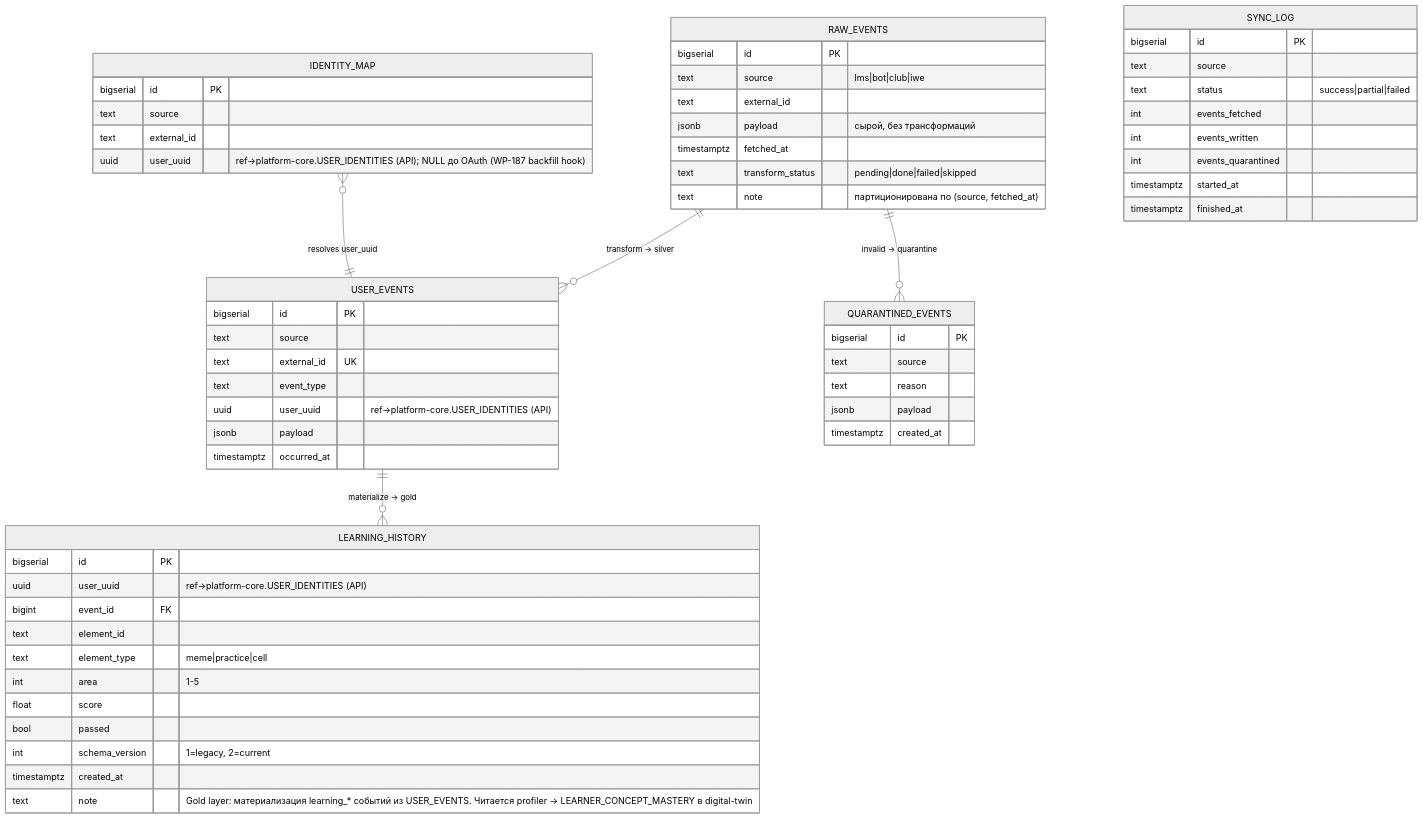
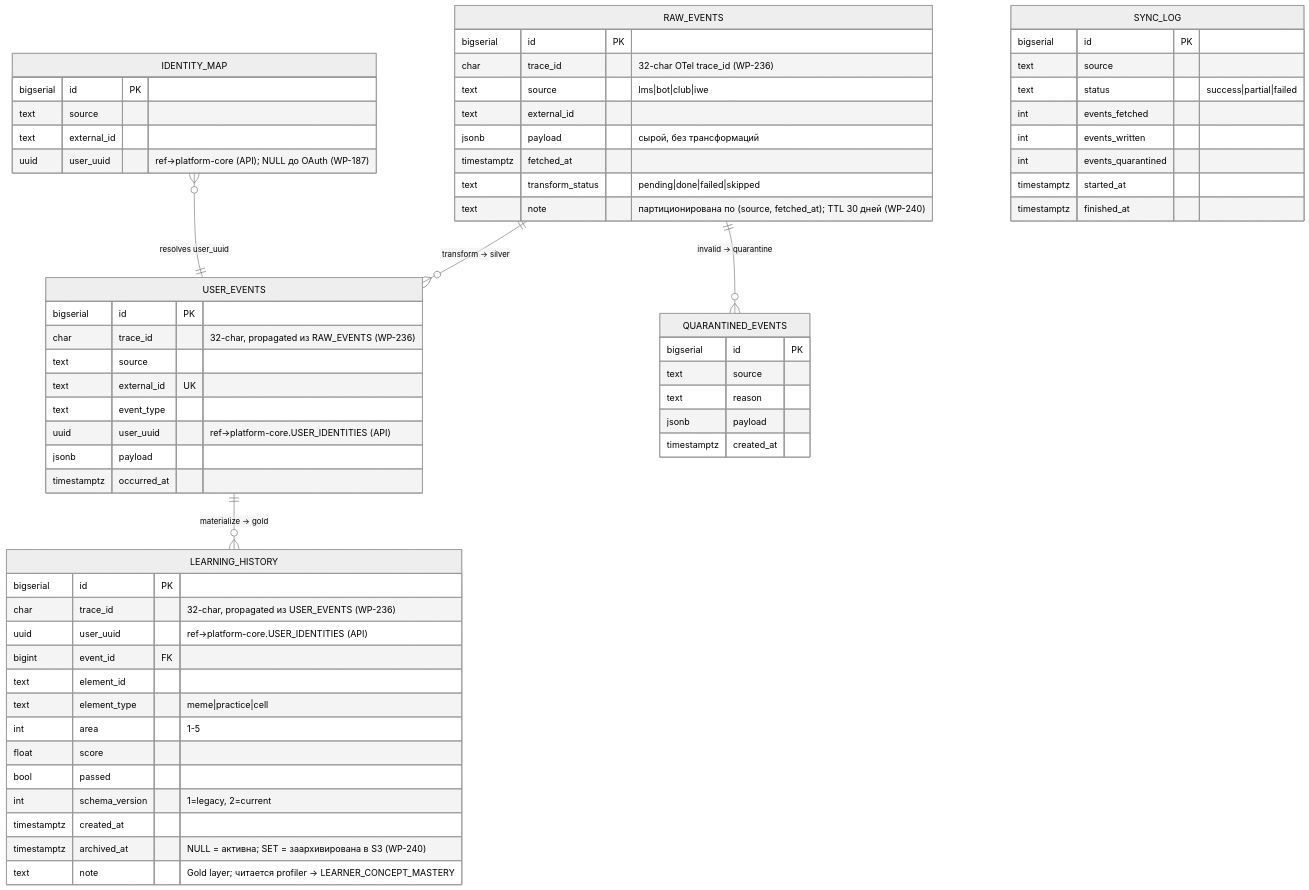
Before and after one commit to TserenTserenov/PACK-digital-platform: the fifth of 8 diagrams in pack/digital-platform/02-domain-entities/DP.ARCH.004-neon-data-architecture.md, drawn with Mermaid (neutral theme). The commit also changed other lines of this file and 2 other files, not shown here.

First line of the commit message:
refactor(dp.arch.004): full restructure with collapsible sections + solutions in ERD

````diff
--- a/pack/digital-platform/02-domain-entities/DP.ARCH.004-neon-data-architecture.md
+++ b/pack/digital-platform/02-domain-entities/DP.ARCH.004-neon-data-architecture.md
@@ -393,67 +381,71 @@
 ```mermaid
 erDiagram
     RAW_EVENTS {
         bigserial   id              PK
+        char        trace_id        "32-char OTel trace_id (WP-236)"
         text        source          "lms|bot|club|iwe"
         text        external_id
         jsonb       payload         "сырой, без трансформаций"
         timestamptz fetched_at
         text        transform_status "pending|done|failed|skipped"
-        text        note            "партиционирована по (source, fetched_at)"
+        text        note            "партиционирована по (source, fetched_at); TTL 30 дней (WP-240)"
     }
 
     USER_EVENTS {
         bigserial   id              PK
+        char        trace_id        "32-char, propagated из RAW_EVENTS (WP-236)"
         text        source
         text        external_id     UK
         text        event_type
         uuid        user_uuid       "ref→platform-core.USER_IDENTITIES (API)"
         jsonb       payload
         timestamptz occurred_at
     }
 
     LEARNING_HISTORY {
         bigserial   id              PK
+        char        trace_id        "32-char, propagated из USER_EVENTS (WP-236)"
         uuid        user_uuid       "ref→platform-core.USER_IDENTITIES (API)"
         bigint      event_id        FK
         text        element_id
         text        element_type    "meme|practice|cell"
         int         area            "1-5"
         float       score
         bool        passed
         int         schema_version  "1=legacy, 2=current"
         timestamptz created_at
-        text        note            "Gold layer: материализация learning_* событий из USER_EVENTS. Читается profiler → LEARNER_CONCEPT_MASTERY в digital-twin"
+        timestamptz archived_at     "NULL = активна; SET = заархивирована в S3 (WP-240)"
+        text        note            "Gold layer; читается profiler → LEARNER_CONCEPT_MASTERY"
     }
 
     IDENTITY_MAP {
         bigserial   id              PK
         text        source
         text        external_id
-        uuid        user_uuid       "ref→platform-core.USER_IDENTITIES (API); NULL до OAuth (WP-187 backfill hook)"
+        uuid        user_uuid       "ref→platform-core (API); NULL до OAuth (WP-187)"
     }
 
     QUARANTINED_EVENTS {
         bigserial   id              PK
         text        source
         text        reason
         jsonb       payload
         timestamptz created_at
     }
 
     SYNC_LOG {
         bigserial   id              PK
         text        source
         text        status          "success|partial|failed"
         int         events_fetched
         int         events_written
         int         events_quarantined
         timestamptz started_at
         timestamptz finished_at
     }
 
     RAW_EVENTS ||--o{ USER_EVENTS : "transform → silver"
     USER_EVENTS ||--o{ LEARNING_HISTORY : "materialize → gold"
     RAW_EVENTS ||--o{ QUARANTINED_EVENTS : "invalid → quarantine"
     IDENTITY_MAP }o--|| USER_EVENTS : "resolves user_uuid"
 ```
````
